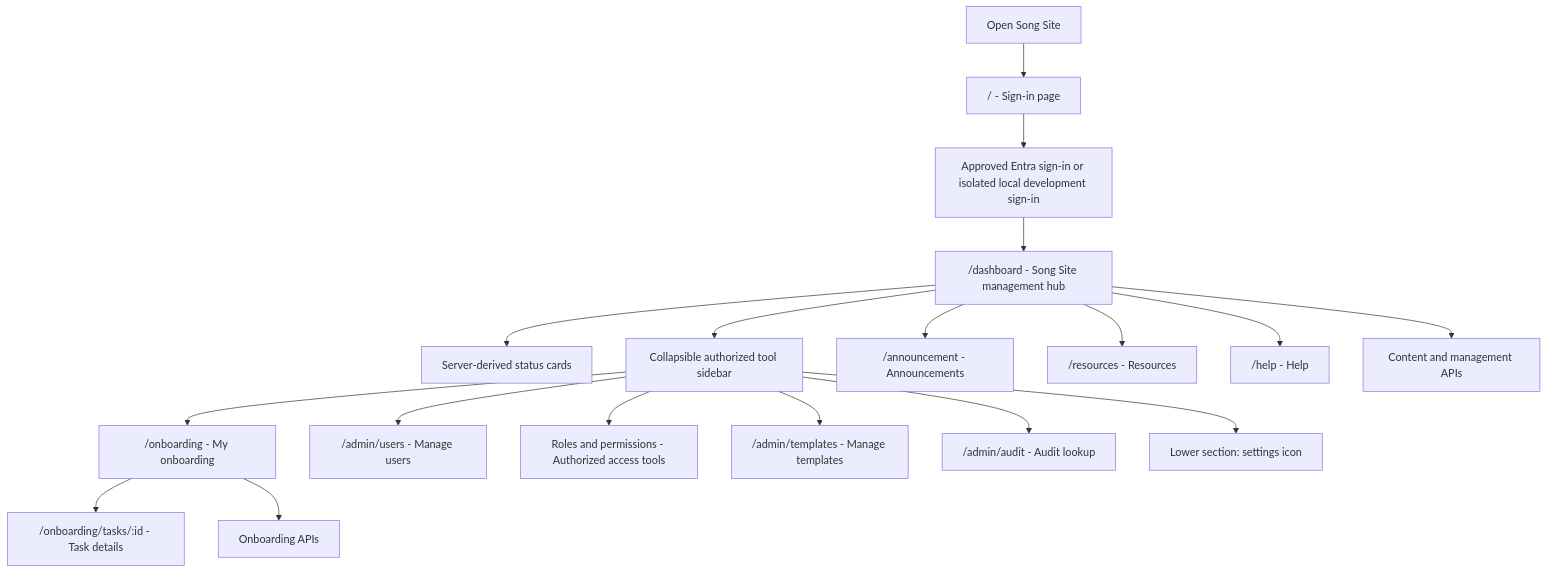
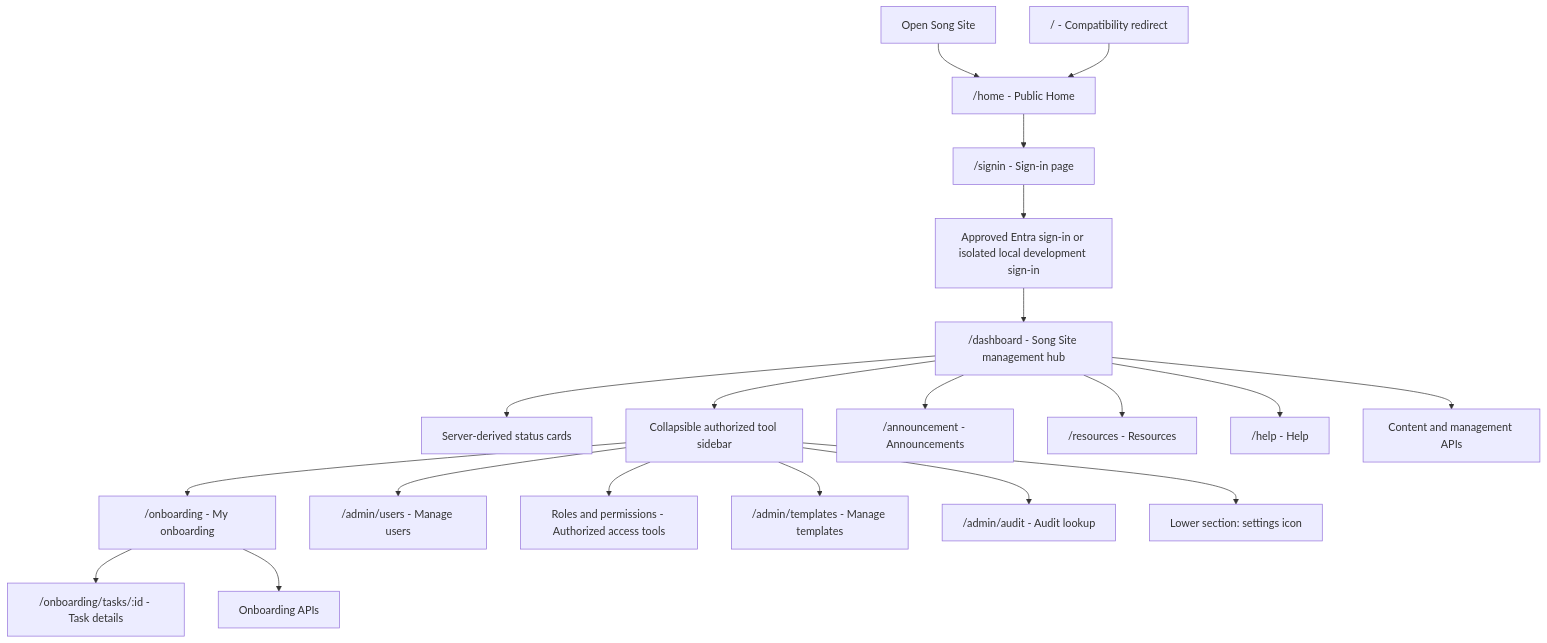
The first of 2 diagrams in docs/navigation-flows.md (jestonibbaguio-max/song-site), drawn with Mermaid before and after one commit. The commit also changed other lines of this file and 13 other files, not shown here.

Commit message:
Document public home and authenticated dashboard navigation

````diff
--- a/docs/navigation-flows.md
+++ b/docs/navigation-flows.md
@@ -9,21 +9,23 @@
 ```mermaid
 flowchart TD
-    START["Open Song Site"] --> SIGNIN["/ - Sign-in page"]
+    START["Open Song Site"] --> HOME["/home - Public Home"]
+    ROOT["/ - Compatibility redirect"] --> HOME
+    HOME --> SIGNIN["/signin - Sign-in page"]
     SIGNIN --> AUTH["Approved Entra sign-in or isolated local development sign-in"]
     AUTH --> DASH["/dashboard - Song Site management hub"]
     DASH --> STATUS["Server-derived status cards"]
     DASH --> SIDEBAR["Collapsible authorized tool sidebar"]
     SIDEBAR --> ONBOARDING["/onboarding - My onboarding"]
     SIDEBAR --> USERS["/admin/users - Manage users"]
     SIDEBAR --> ACCESS["Roles and permissions - Authorized access tools"]
     SIDEBAR --> TEMPLATES["/admin/templates - Manage templates"]
     SIDEBAR --> AUDIT["/admin/audit - Audit lookup"]
     SIDEBAR --> SETTINGS["Lower section: settings icon"]
     DASH --> ANNOUNCEMENT["/announcement - Announcements"]
     DASH --> RESOURCES["/resources - Resources"]
     DASH --> HELP["/help - Help"]
 
     ONBOARDING --> TASKS["/onboarding/tasks/:id - Task details"]
     DASH --> CONTENT["Content and management APIs"]
     ONBOARDING --> API["Onboarding APIs"]
 ```
````
